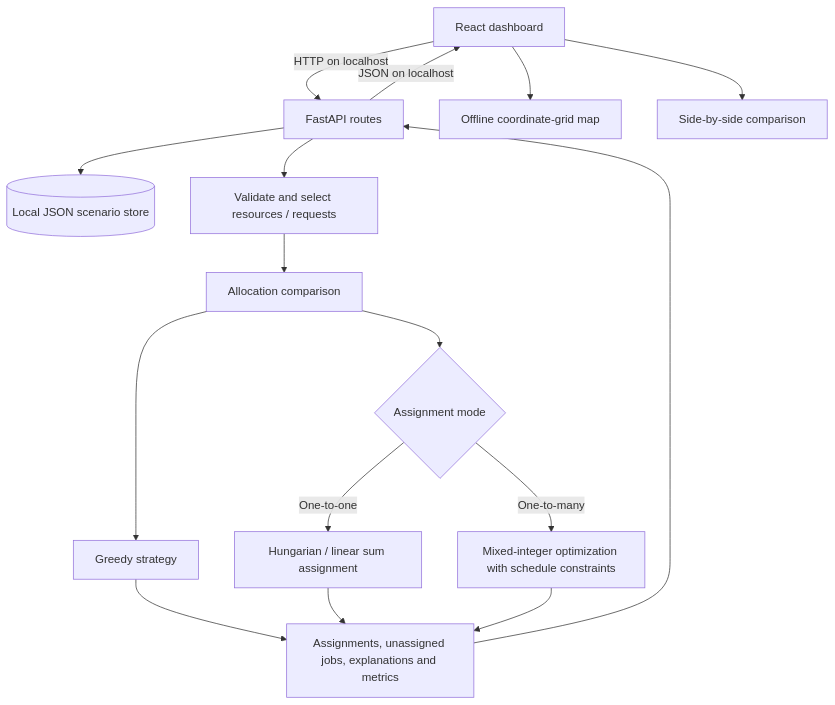
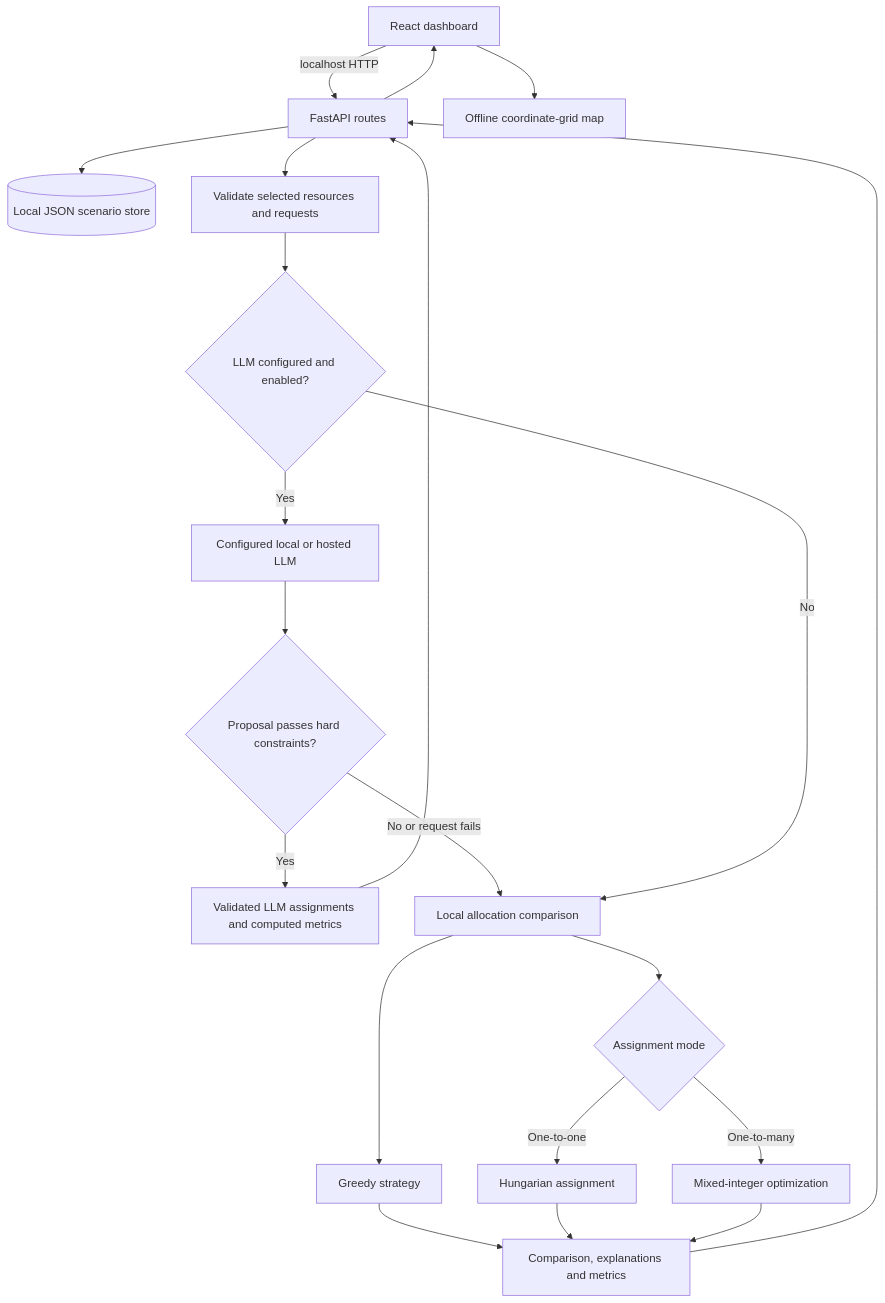
One commit to vijaypvrao/resource-allocation-engine changed the first of 4 diagrams in README.md. Above: the diagram before and after it, drawn with Mermaid. The commit also changed other lines of this file and 8 other files, not shown here.

````diff
--- a/README.md
+++ b/README.md
@@ -18,18 +18,23 @@
 ```mermaid
 flowchart TD
-    UI[React dashboard] -->|HTTP on localhost| API[FastAPI routes]
+    UI[React dashboard] -->|localhost HTTP| API[FastAPI routes]
     API --> STORE[(Local JSON scenario store)]
-    API --> VALIDATE[Validate and select resources / requests]
-    VALIDATE --> ALLOC[Allocation comparison]
-    ALLOC --> GREEDY[Greedy strategy]
-    ALLOC --> OPT{Assignment mode}
-    OPT -->|One-to-one| HUNGARIAN[Hungarian / linear sum assignment]
-    OPT -->|One-to-many| MILP[Mixed-integer optimization with schedule constraints]
-    GREEDY --> RESULTS[Assignments, unassigned jobs, explanations and metrics]
+    API --> VALIDATE[Validate selected resources and requests]
+    VALIDATE --> ROUTE{LLM configured and enabled?}
+    ROUTE -->|Yes| LLM[Configured local or hosted LLM]
+    LLM --> CHECK{Proposal passes hard constraints?}
+    CHECK -->|Yes| LLMRES[Validated LLM assignments and computed metrics]
+    CHECK -->|No or request fails| LOCAL[Local allocation comparison]
+    ROUTE -->|No| LOCAL
+    LOCAL --> GREEDY[Greedy strategy]
+    LOCAL --> MODE{Assignment mode}
+    MODE -->|One-to-one| HUNGARIAN[Hungarian assignment]
+    MODE -->|One-to-many| MILP[Mixed-integer optimization]
+    GREEDY --> RESULTS[Comparison, explanations and metrics]
     HUNGARIAN --> RESULTS
     MILP --> RESULTS
+    LLMRES --> API
     RESULTS --> API
-    API -->|JSON on localhost| UI
+    API --> UI
     UI --> MAP[Offline coordinate-grid map]
-    UI --> COMPARE[Side-by-side comparison]
 ```
````
